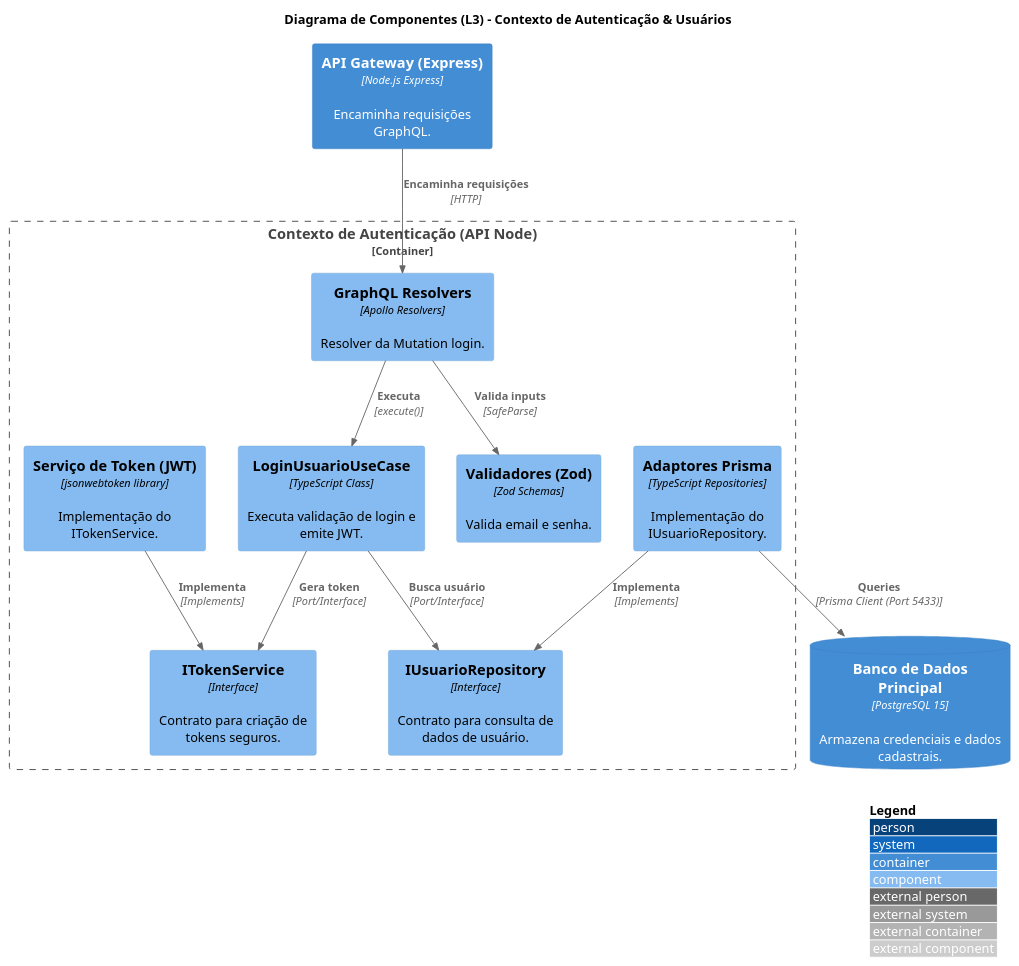
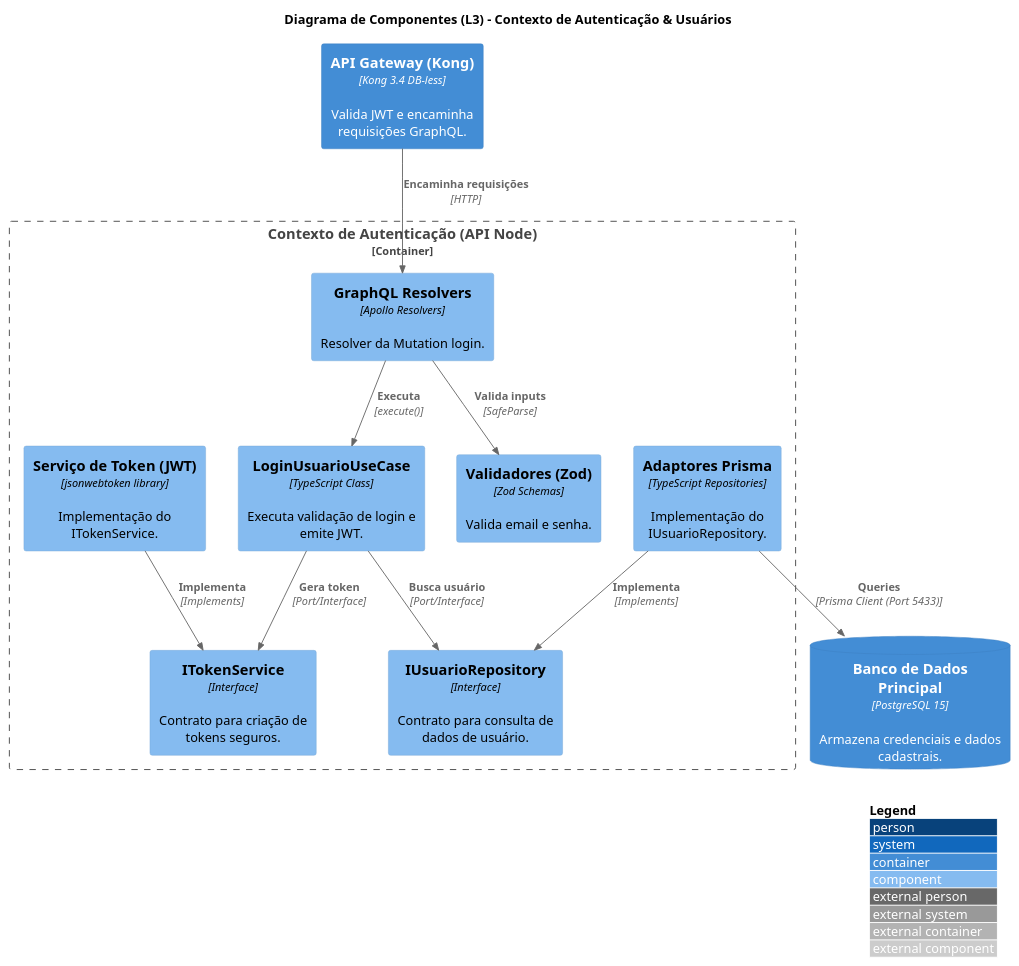
One commit to arthurair3s/arquitetura-de-software changed the second of 5 diagrams in docs/diagramas/c3/c4_l3_component.puml. Above: the diagram before and after it, drawn with PlantUML. The commit also changed other lines of this file and 10 other files, not shown here.

```diff
--- a/docs/diagramas/c3/c4_l3_component.puml
+++ b/docs/diagramas/c3/c4_l3_component.puml
@@ -22,30 +22,30 @@
 @startuml C4_L3_Component_Auth
 !include https://raw.githubusercontent.com/plantuml-stdlib/C4-PlantUML/master/C4_Component.puml
 
 LAYOUT_WITH_LEGEND()
 
 title Diagrama de Componentes (L3) - Contexto de Autenticação & Usuários
 
-Container(gateway, "API Gateway (Express)", "Node.js Express", "Encaminha requisições GraphQL.")
+Container(gateway, "API Gateway (Kong)", "Kong 3.4 DB-less", "Valida JWT e encaminha requisições GraphQL.")
 ContainerDb(db_postgres, "Banco de Dados Principal", "PostgreSQL 15", "Armazena credenciais e dados cadastrais.")
 
 Container_Boundary(api_node_auth, "Contexto de Autenticação (API Node)") {
     Component(resolvers, "GraphQL Resolvers", "Apollo Resolvers", "Resolver da Mutation login.")
     Component(validators, "Validadores (Zod)", "Zod Schemas", "Valida email e senha.")
     Component(uc_login, "LoginUsuarioUseCase", "TypeScript Class", "Executa validação de login e emite JWT.")
     Component(i_user_repo, "IUsuarioRepository", "Interface", "Contrato para consulta de dados de usuário.")
     Component(i_token_service, "ITokenService", "Interface", "Contrato para criação de tokens seguros.")
     Component(prisma_adapters, "Adaptores Prisma", "TypeScript Repositories", "Implementação do IUsuarioRepository.")
     Component(token_service, "Serviço de Token (JWT)", "jsonwebtoken library", "Implementação do ITokenService.")
 }
 
 Rel(gateway, resolvers, "Encaminha requisições", "HTTP")
 Rel(resolvers, validators, "Valida inputs", "SafeParse")
 Rel(resolvers, uc_login, "Executa", "execute()")
 Rel(uc_login, i_user_repo, "Busca usuário", "Port/Interface")
 Rel(uc_login, i_token_service, "Gera token", "Port/Interface")
 Rel(prisma_adapters, i_user_repo, "Implementa", "Implements")
 Rel(token_service, i_token_service, "Implementa", "Implements")
 Rel(prisma_adapters, db_postgres, "Queries", "Prisma Client (Port 5433)")
 
 @enduml
```
